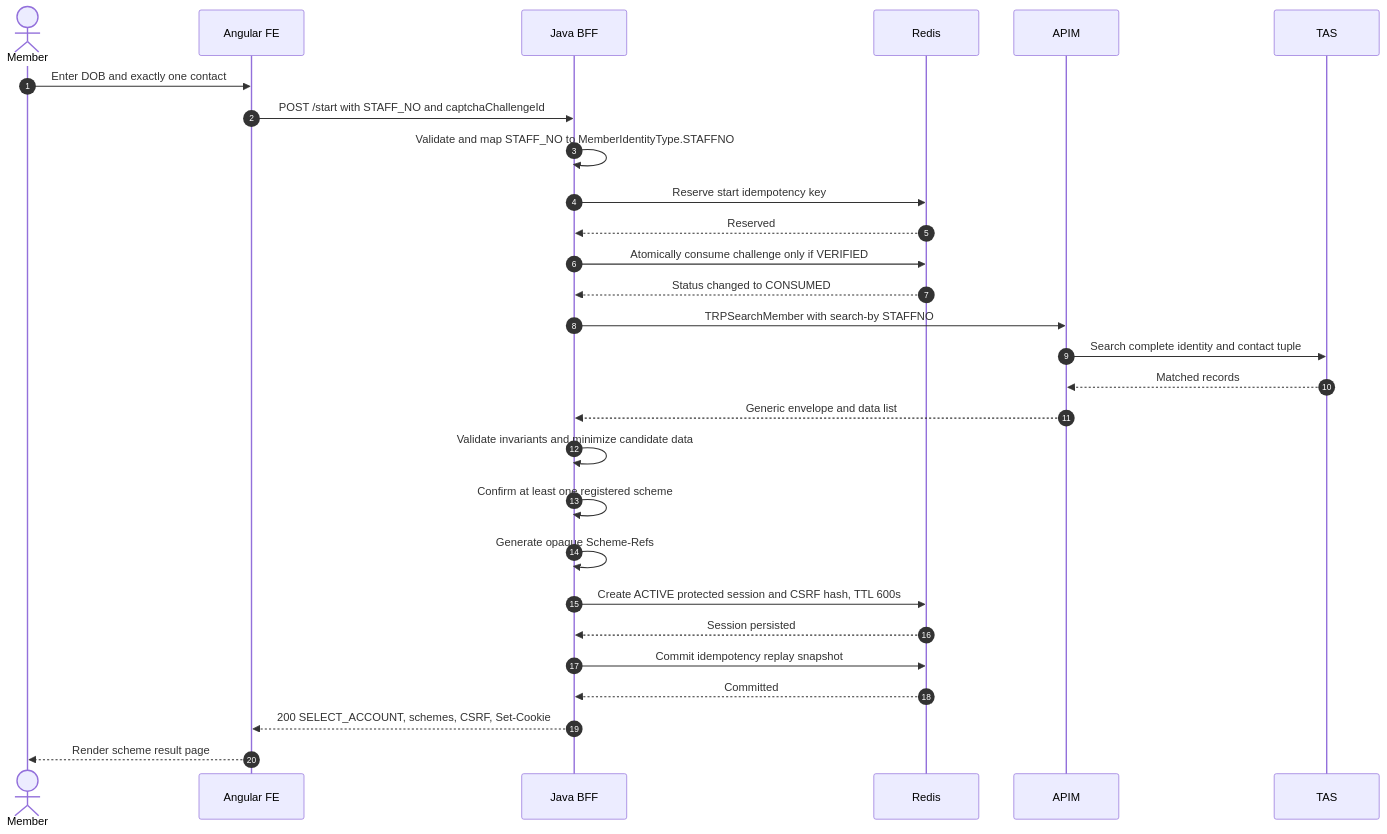
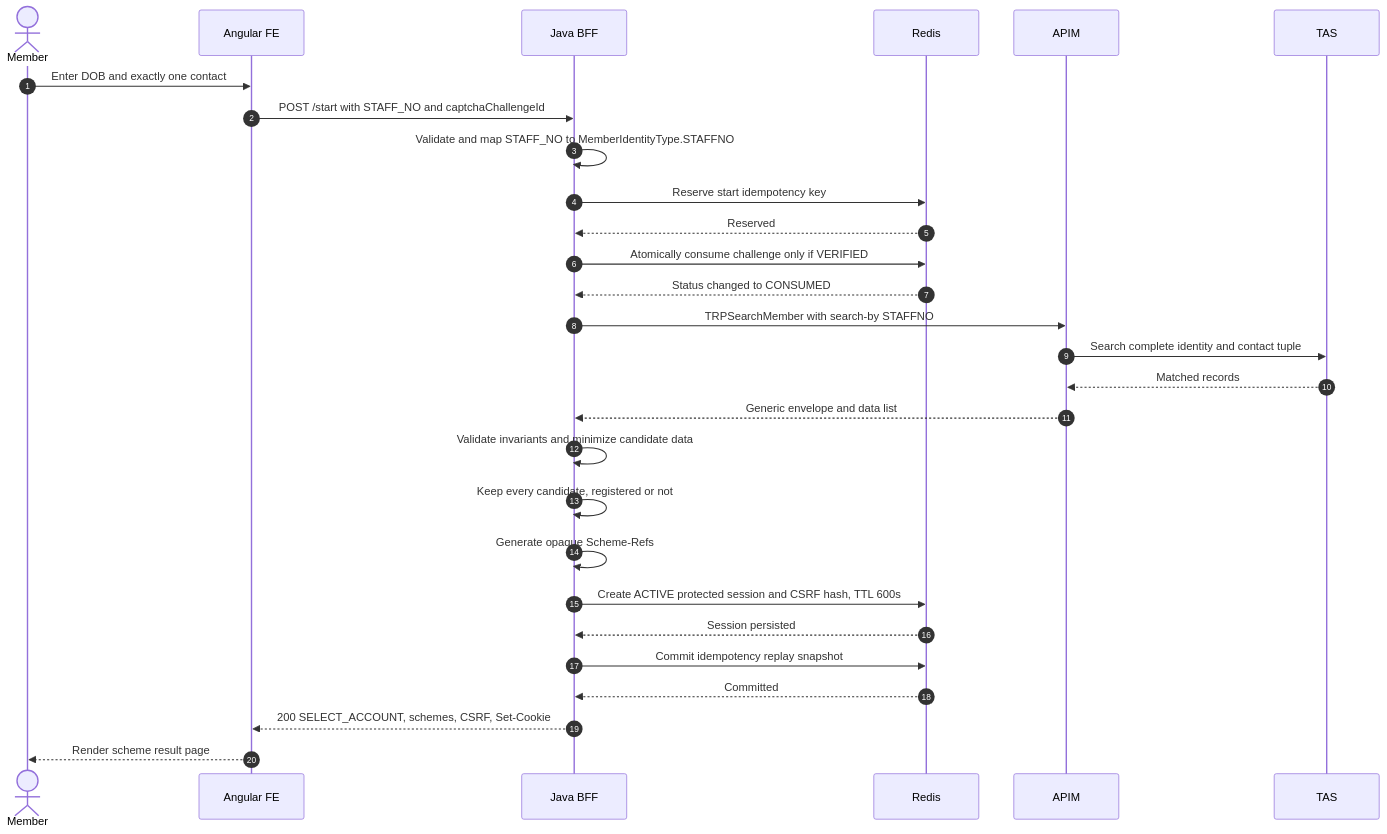
Before and after one commit to kcw30165/tpa-api-service: the third of 12 diagrams in docs/design/6-username-recovery/sequence-diagrams.md, drawn with Mermaid. The commit also changed other lines of this file and 32 other files, not shown here.

````diff
--- a/docs/design/6-username-recovery/sequence-diagrams.md
+++ b/docs/design/6-username-recovery/sequence-diagrams.md
@@ -53,31 +53,31 @@
 ```mermaid
 sequenceDiagram
     autonumber
     actor U as Member
     participant FE as Angular FE
     participant BFF as Java BFF
     participant REDIS as Redis
     participant APIM as APIM
     participant TAS as TAS
 
     U->>FE: Enter DOB and exactly one contact
     FE->>BFF: POST /start with STAFF_NO and captchaChallengeId
     BFF->>BFF: Validate and map STAFF_NO to MemberIdentityType.STAFFNO
     BFF->>REDIS: Reserve start idempotency key
     REDIS-->>BFF: Reserved
     BFF->>REDIS: Atomically consume challenge only if VERIFIED
     REDIS-->>BFF: Status changed to CONSUMED
     BFF->>APIM: TRPSearchMember with search-by STAFFNO
     APIM->>TAS: Search complete identity and contact tuple
     TAS-->>APIM: Matched records
     APIM-->>BFF: Generic envelope and data list
     BFF->>BFF: Validate invariants and minimize candidate data
-    BFF->>BFF: Confirm at least one registered scheme
+    BFF->>BFF: Keep every candidate, registered or not
     BFF->>BFF: Generate opaque Scheme-Refs
     BFF->>REDIS: Create ACTIVE protected session and CSRF hash, TTL 600s
     REDIS-->>BFF: Session persisted
     BFF->>REDIS: Commit idempotency replay snapshot
     REDIS-->>BFF: Committed
     BFF-->>FE: 200 SELECT_ACCOUNT, schemes, CSRF, Set-Cookie
     FE-->>U: Render scheme result page
 ```
````
